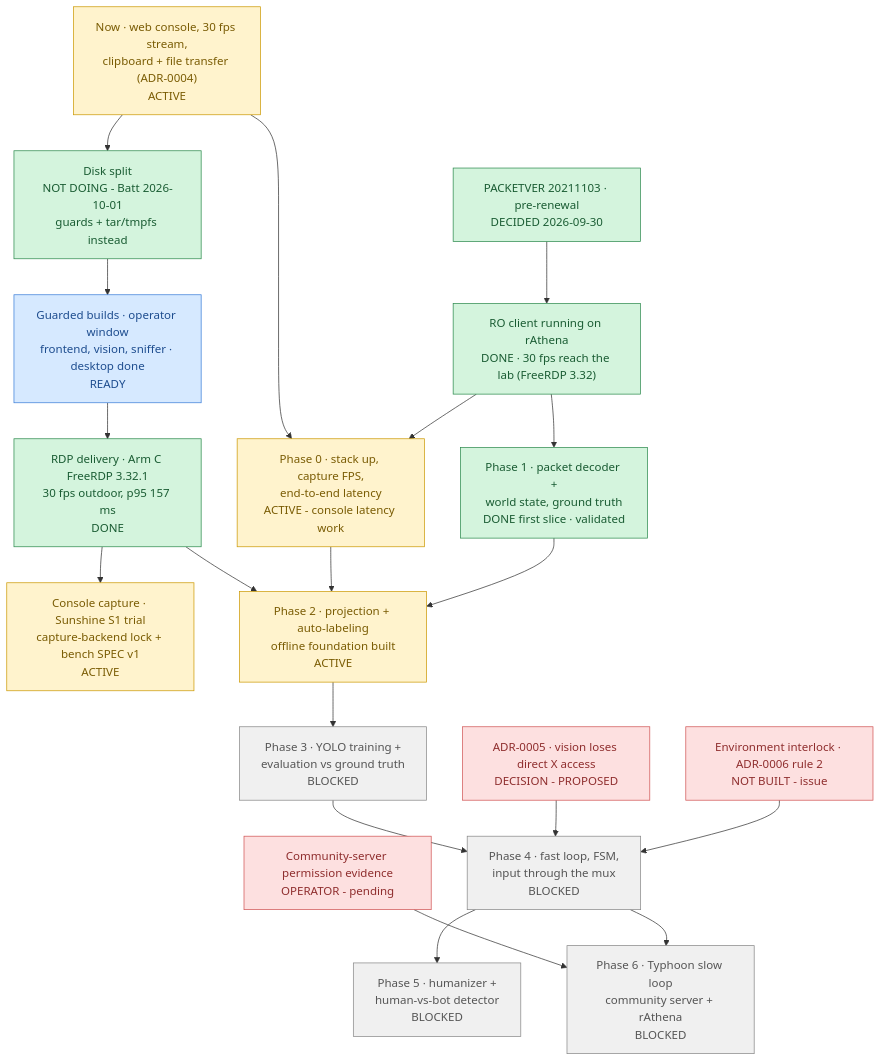
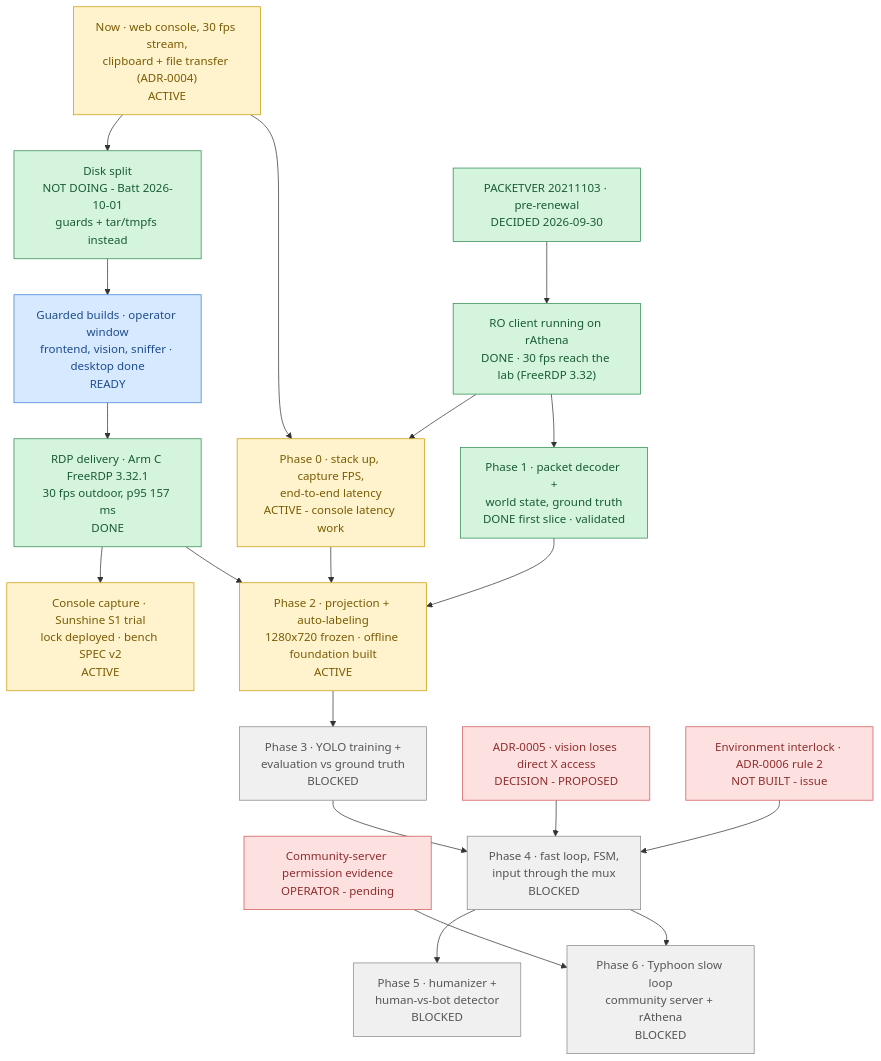
Before and after one commit to lumduan/poring-lab: the diagram in docs/ROADMAP.md, drawn with Mermaid. The commit also changed other lines of this file and 24 other files, not shown here.

First line of the commit message:
feat: 1:1 1280x720 client area in a 1440x900 session (frozen for Phase 2); bench SPEC v2

````diff
--- a/docs/ROADMAP.md
+++ b/docs/ROADMAP.md
@@ -11,50 +11,50 @@
 ```mermaid
 flowchart TD
     N1["Now · web console, 30 fps stream,<br/>clipboard + file transfer (ADR-0004)<br/>ACTIVE"]
     N2["Disk split<br/>NOT DOING - Batt 2026-10-01<br/>guards + tar/tmpfs instead"]
     N3["Guarded builds · operator window<br/>frontend, vision, sniffer · desktop done<br/>READY"]
     D1["PACKETVER 20211103 · pre-renewal<br/>DECIDED 2026-09-30"]
     S1["RO client running on rAthena<br/>DONE · 30 fps reach the lab (FreeRDP 3.32)"]
     D2["ADR-0005 · vision loses direct X access<br/>DECISION - PROPOSED"]
     D3["Environment interlock · ADR-0006 rule 2<br/>NOT BUILT - issue"]
     E1["Community-server permission evidence<br/>OPERATOR - pending"]
     P0["Phase 0 · stack up, capture FPS,<br/>end-to-end latency<br/>ACTIVE - console latency work"]
     P1["Phase 1 · packet decoder +<br/>world state, ground truth<br/>DONE first slice · validated"]
     H1["RDP delivery · Arm C FreeRDP 3.32.1<br/>30 fps outdoor, p95 157 ms<br/>DONE"]
-    C1["Console capture · Sunshine S1 trial<br/>capture-backend lock + bench SPEC v1<br/>ACTIVE"]
-    P2["Phase 2 · projection + auto-labeling<br/>offline foundation built<br/>ACTIVE"]
+    C1["Console capture · Sunshine S1 trial<br/>lock deployed · bench SPEC v2<br/>ACTIVE"]
+    P2["Phase 2 · projection + auto-labeling<br/>1280x720 frozen · offline foundation built<br/>ACTIVE"]
     P3["Phase 3 · YOLO training +<br/>evaluation vs ground truth<br/>BLOCKED"]
     P4["Phase 4 · fast loop, FSM,<br/>input through the mux<br/>BLOCKED"]
     P5["Phase 5 · humanizer +<br/>human-vs-bot detector<br/>BLOCKED"]
     P6["Phase 6 · Typhoon slow loop<br/>community server + rAthena<br/>BLOCKED"]
 
     N1 --> N2 --> N3
     N3 --> H1
     H1 --> C1
     H1 --> P2
     D1 --> S1
     N1 --> P0
     S1 --> P0
     S1 --> P1
     P0 --> P2
     P1 --> P2
     P2 --> P3 --> P4
     D2 --> P4
     D3 --> P4
     E1 --> P6
     P4 --> P5
     P4 --> P6
 
     classDef done     fill:#d4f4dd,stroke:#2d8a4e,color:#1a5c33
     classDef active   fill:#fff3cd,stroke:#cc9a06,color:#7a5c04
     classDef ready    fill:#d6e9ff,stroke:#3b7dd8,color:#1e4d8f
     classDef blocked  fill:#f0f0f0,stroke:#888,color:#555
     classDef decision fill:#fde0e0,stroke:#d05555,color:#8f2e2e
     classDef goal     fill:#ede0fb,stroke:#8a5cd8,color:#4d2e8f
 
     class D1,S1,P1,N2,H1 done
     class N1,P0,C1,P2 active
     class N3 ready
     class D2,D3,E1 decision
     class P3,P4,P5,P6 blocked
 ```
````
